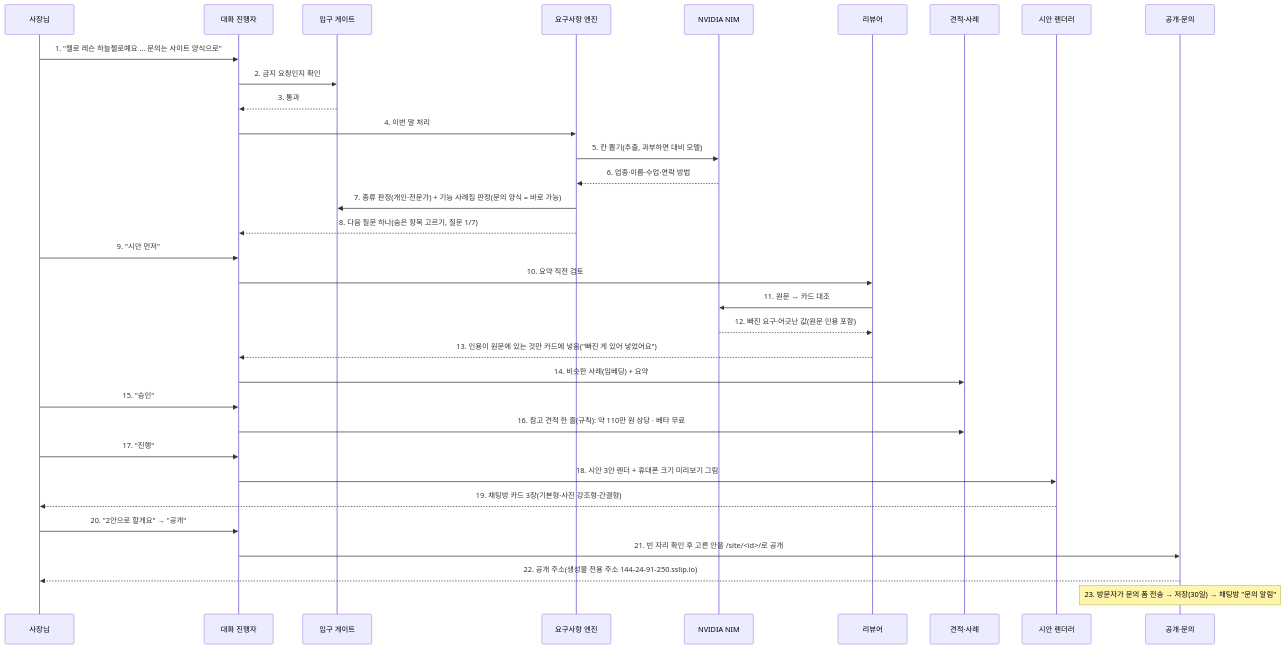
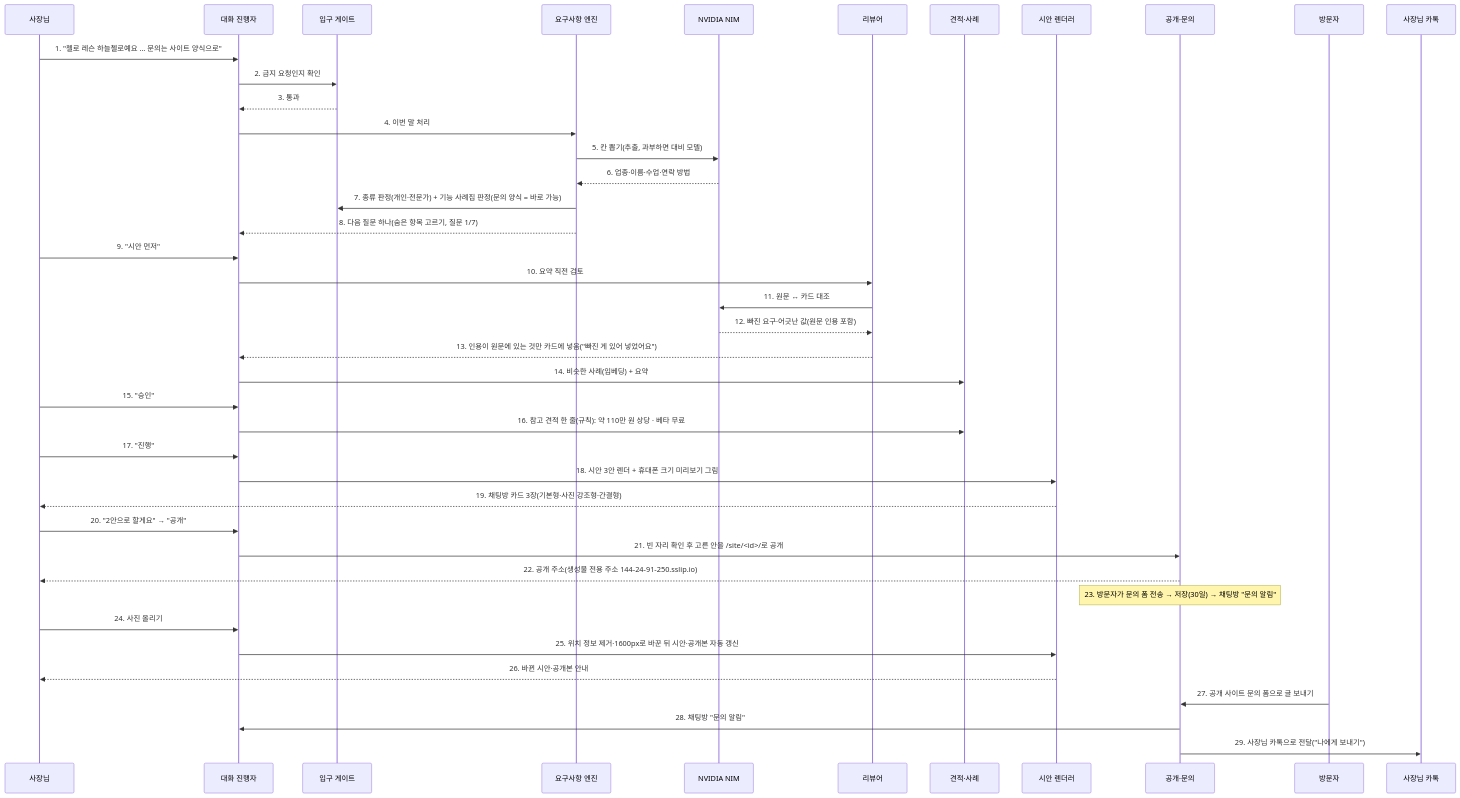
The first of 2 diagrams in docs/product/FLOWDOC.md (kyungsikjeung/agt001), drawn with Mermaid before and after one commit. The commit also changed other lines of this file and 2 other files, not shown here.

Commit message:
README·BACKLOG·FLOWDOC 갱신(OpenCode D4): 채팅방·시안 새 기능, 사진·문의 알림 흐름

````diff
--- a/docs/product/FLOWDOC.md
+++ b/docs/product/FLOWDOC.md
@@ -26,35 +28,43 @@
 ```mermaid
 sequenceDiagram
     participant O as 사장님
     participant F as 대화 진행자
     participant G as 입구 게이트
     participant E as 요구사항 엔진
     participant N as NVIDIA NIM
     participant R as 리뷰어
     participant Q as 견적·사례
     participant D as 시안 렌더러
     participant P as 공개·문의
+    participant V as 방문자
+    participant K as 사장님 카톡
     O->>F: 1. "첼로 레슨 하늘첼로예요 … 문의는 사이트 양식으로"
     F->>G: 2. 금지 요청인지 확인
     G-->>F: 3. 통과
     F->>E: 4. 이번 말 처리
     E->>N: 5. 칸 뽑기(추출, 과부하면 대비 모델)
     N-->>E: 6. 업종·이름·수업·연락 방법
     E->>G: 7. 종류 판정(개인·전문가) + 기능 사례집 판정(문의 양식 = 바로 가능)
     E-->>F: 8. 다음 질문 하나(숨은 항목 고르기, 질문 1/7)
     O->>F: 9. "시안 먼저"
     F->>R: 10. 요약 직전 검토
     R->>N: 11. 원문 ↔ 카드 대조
     N-->>R: 12. 빠진 요구·어긋난 값(원문 인용 포함)
     R-->>F: 13. 인용이 원문에 있는 것만 카드에 넣음("빠진 게 있어 넣었어요")
     F->>Q: 14. 비슷한 사례(임베딩) + 요약
     O->>F: 15. "승인"
     F->>Q: 16. 참고 견적 한 줄(규칙): 약 110만 원 상당 · 베타 무료
     O->>F: 17. "진행"
     F->>D: 18. 시안 3안 렌더 + 휴대폰 크기 미리보기 그림
     D-->>O: 19. 채팅방 카드 3장(기본형·사진 강조형·간결형)
     O->>F: 20. "2안으로 할게요" → "공개"
     F->>P: 21. 빈 자리 확인 후 고른 안을 /site/<id>/로 공개
     P-->>O: 22. 공개 주소(생성물 전용 주소 144-24-91-250.sslip.io)
     Note over P: 23. 방문자가 문의 폼 전송 → 저장(30일) → 채팅방 "문의 알림"
+    O->>F: 24. 사진 올리기
+    F->>D: 25. 위치 정보 제거·1600px로 바꾼 뒤 시안·공개본 자동 갱신
+    D-->>O: 26. 바뀐 시안·공개본 안내
+    V->>P: 27. 공개 사이트 문의 폼으로 글 보내기
+    P->>F: 28. 채팅방 "문의 알림"
+    P->>K: 29. 사장님 카톡으로 전달("나에게 보내기")
 ```
````
